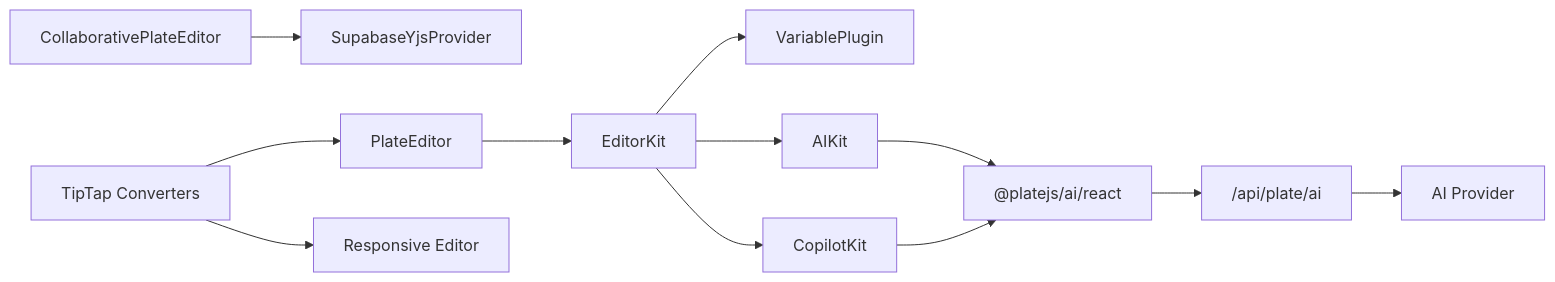
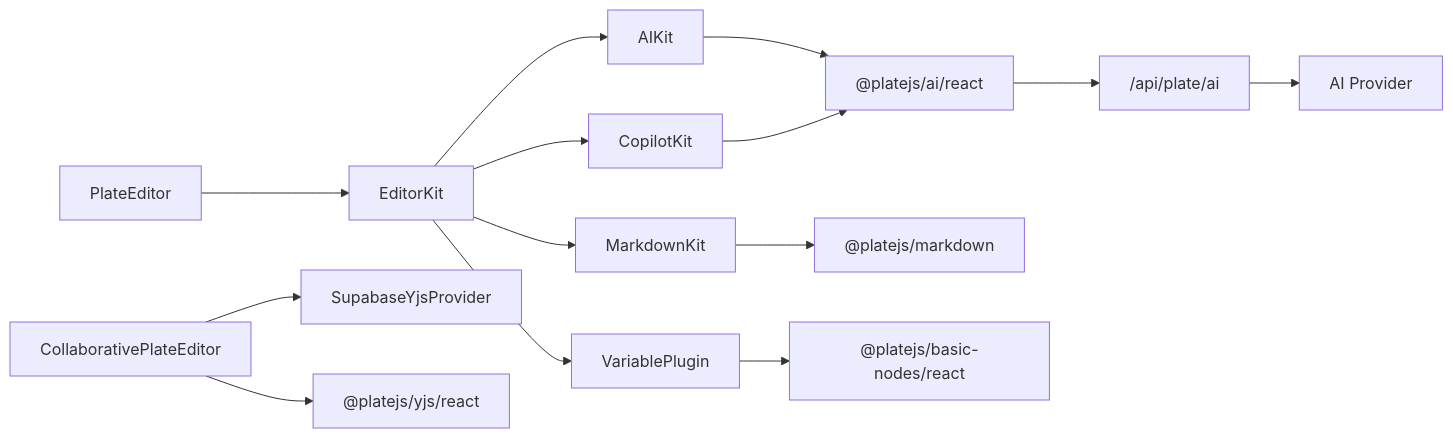
Before and after one commit to SinesysTech/zattar-os: the eighth of 8 diagrams in .qoder/repowiki/en/content/Document Management and AI Editor/AI-Assisted Document Editing.md, drawn with Mermaid. The commit also changed other lines of this file and 4 other files, not shown here.

````diff
--- a/.qoder/repowiki/en/content/Document Management and AI Editor/AI-Assisted Document Editing.md
+++ b/.qoder/repowiki/en/content/Document Management and AI Editor/AI-Assisted Document Editing.md
@@ -415,14 +462,16 @@
 ```mermaid
 graph LR
 PE["PlateEditor"] --> EK["EditorKit"]
 EK --> VP["VariablePlugin"]
 EK --> AIK["AIKit"]
 EK --> CK["CopilotKit"]
+EK --> MK["MarkdownKit"]
 AIK --> PM["@platejs/ai/react"]
 CK --> PM
 PM --> API["/api/plate/ai"]
 API --> Provider["AI Provider"]
 CPE["CollaborativePlateEditor"] --> Yjs["SupabaseYjsProvider"]
-TH["TipTap Converters"] --> PE
-TH --> RPE["Responsive Editor"]
+CPE --> YjsLib["@platejs/yjs/react"]
+MK --> MD["@platejs/markdown"]
+VP --> PL["@platejs/basic-nodes/react"]
 ```
````
